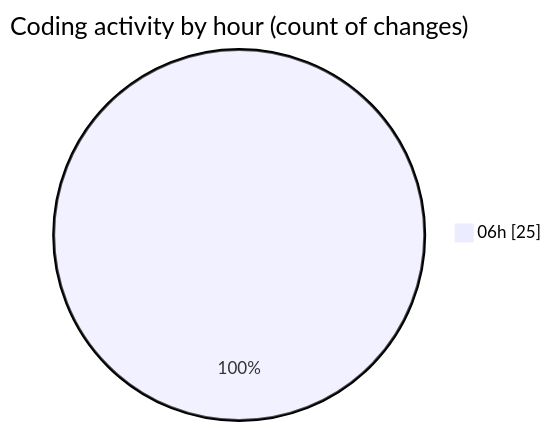
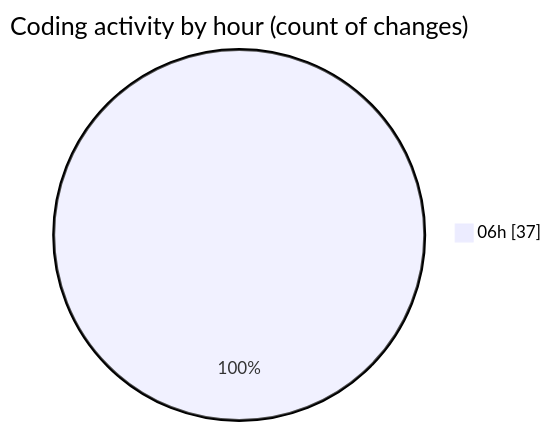
One commit to charlie-sans/code-tracking changed the second of 2 diagrams in 2025-02-25/micros/README.md. Above: the diagram before and after it, drawn with Mermaid. The commit also changed other lines of this file and 1 other file, not shown here.

````diff
--- a/2025-02-25/micros/README.md
+++ b/2025-02-25/micros/README.md
@@ -36,5 +40,5 @@
 ```mermaid
 pie showData
 title Coding activity by hour (count of changes)
-"06h" : 25
+"06h" : 37
 ```
````
